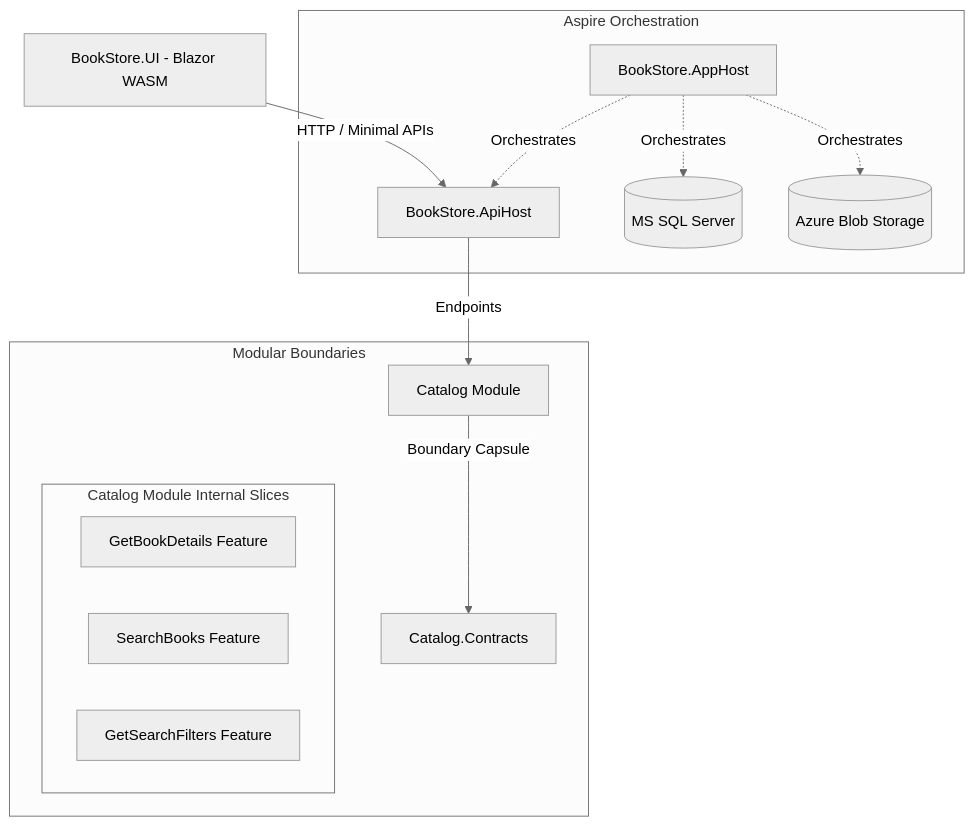
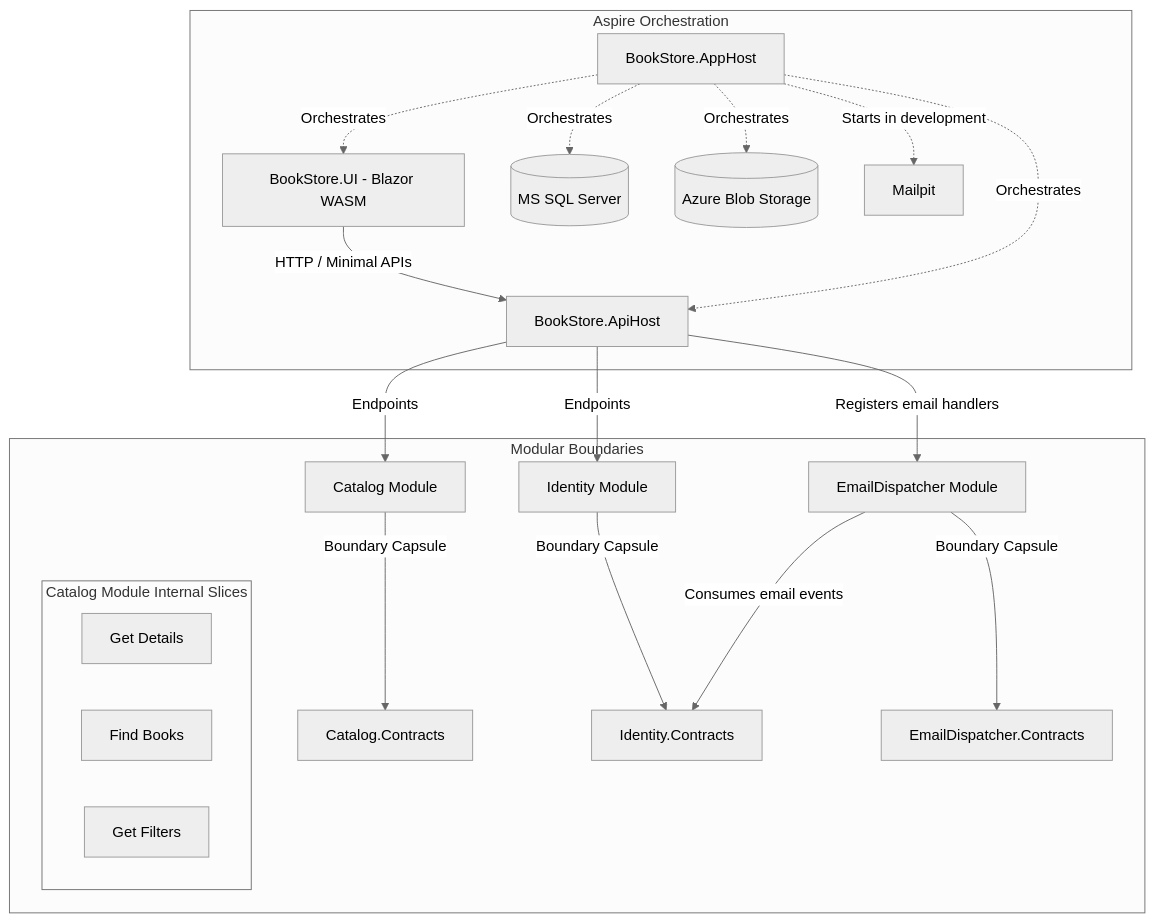
The diagram in README.md (peterkovecses/BookStore), drawn with Mermaid (neutral theme) before and after one commit. The commit also changed other lines of this file and 85 other files, not shown here.

First line of the commit message:
feat(ui): add password recovery flow (#75)

````diff
--- a/README.md
+++ b/README.md
@@ -23,21 +23,28 @@
 ```mermaid
 graph TD
     UI[BookStore.UI - Blazor WASM] -->|HTTP / Minimal APIs| Api[BookStore.ApiHost]
     
     subgraph Aspire Orchestration
         Host[BookStore.AppHost] -.->|Orchestrates| Api
+        Host -.->|Orchestrates| UI
         Host -.->|Orchestrates| Db[(MS SQL Server)]
         Host -.->|Orchestrates| Storage[(Azure Blob Storage)]
+        Host -.->|Starts in development| Mailpit[Mailpit]
     end
 
     subgraph Modular Boundaries
         Api -->|Endpoints| Catalog[Catalog Module]
         Catalog -->|Boundary Capsule| CatalogContracts[Catalog.Contracts]
+        Api -->|Endpoints| Identity[Identity Module]
+        Identity -->|Boundary Capsule| IdentityContracts[Identity.Contracts]
+        Api -->|Registers email handlers| EmailDispatcher[EmailDispatcher Module]
+        EmailDispatcher -->|Boundary Capsule| EmailContracts[EmailDispatcher.Contracts]
+        EmailDispatcher -->|Consumes email events| IdentityContracts
         
         subgraph Catalog Module Internal Slices
-            GetDetails[GetBookDetails Feature]
-            Search[SearchBooks Feature]
-            Filters[GetSearchFilters Feature]
+            GetDetails[Get Details]
+            Search[Find Books]
+            Filters[Get Filters]
         end
     end
 ```
````
